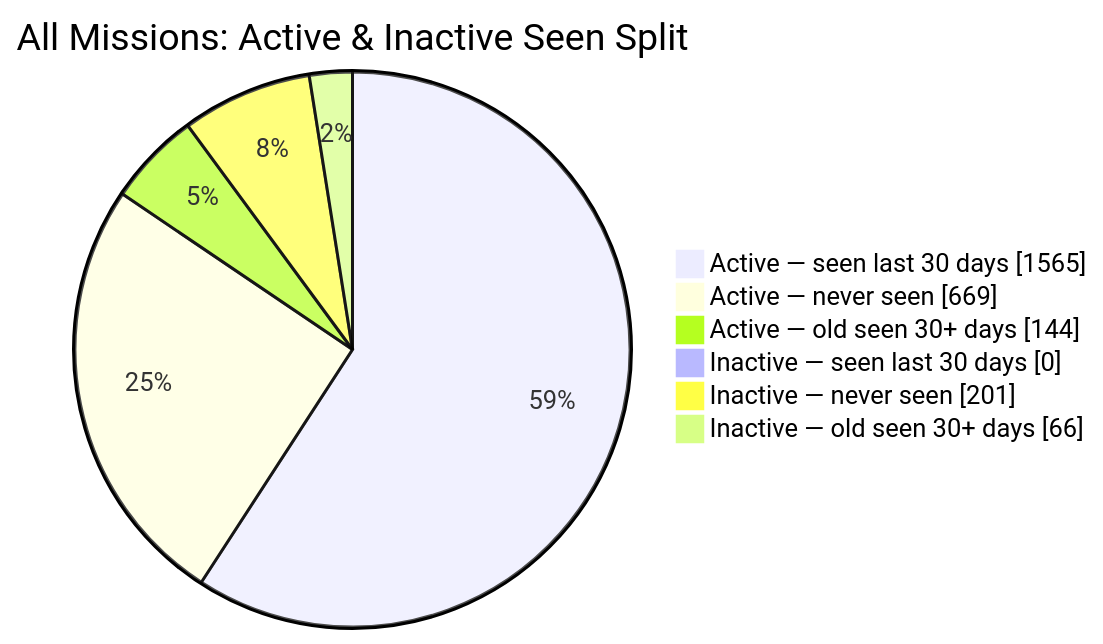
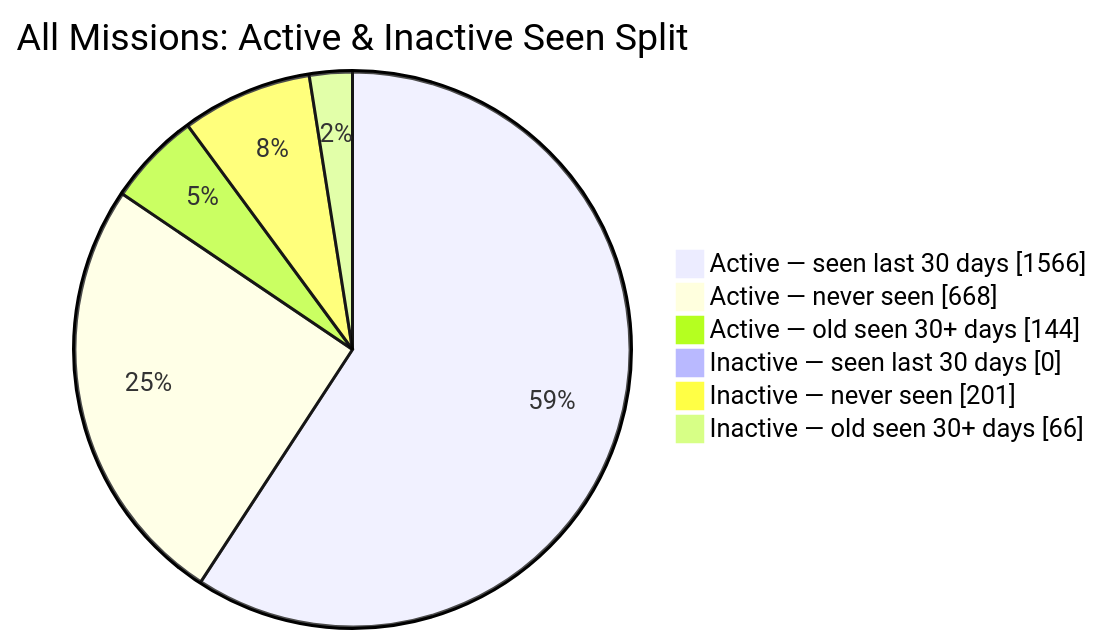
Before and after one commit to MeldkamerspelGameTeam/active-missions: the second of 2 diagrams in README.md, drawn with Mermaid. The commit also changed other lines of this file and 3 other files, not shown here.

````diff
--- a/README.md
+++ b/README.md
@@ -44,10 +44,10 @@
 ```mermaid
 pie showData
     title All Missions: Active & Inactive Seen Split
-    "Active — seen last 30 days" : 1565
-    "Active — never seen" : 669
+    "Active — seen last 30 days" : 1566
+    "Active — never seen" : 668
     "Active — old seen 30+ days" : 144
     "Inactive — seen last 30 days" : 0
     "Inactive — never seen" : 201
     "Inactive — old seen 30+ days" : 66
 ```
````
